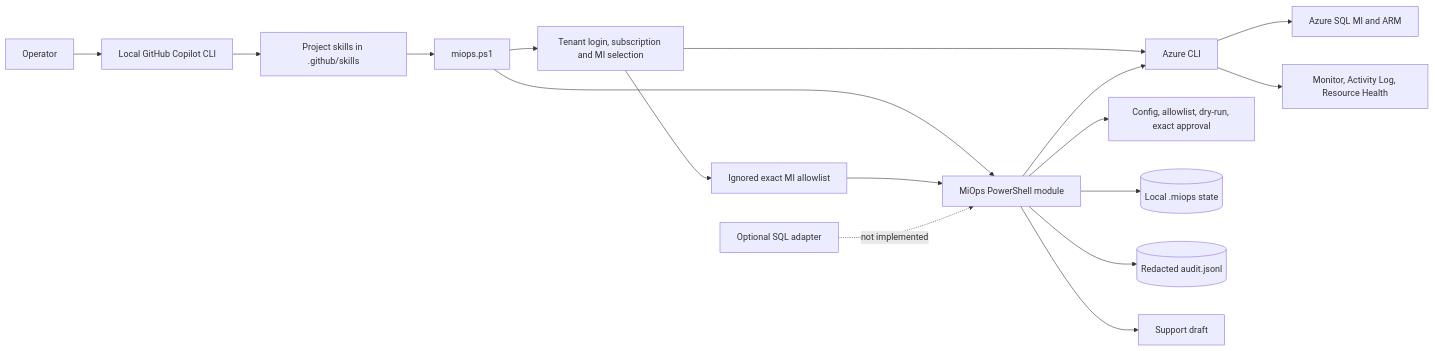
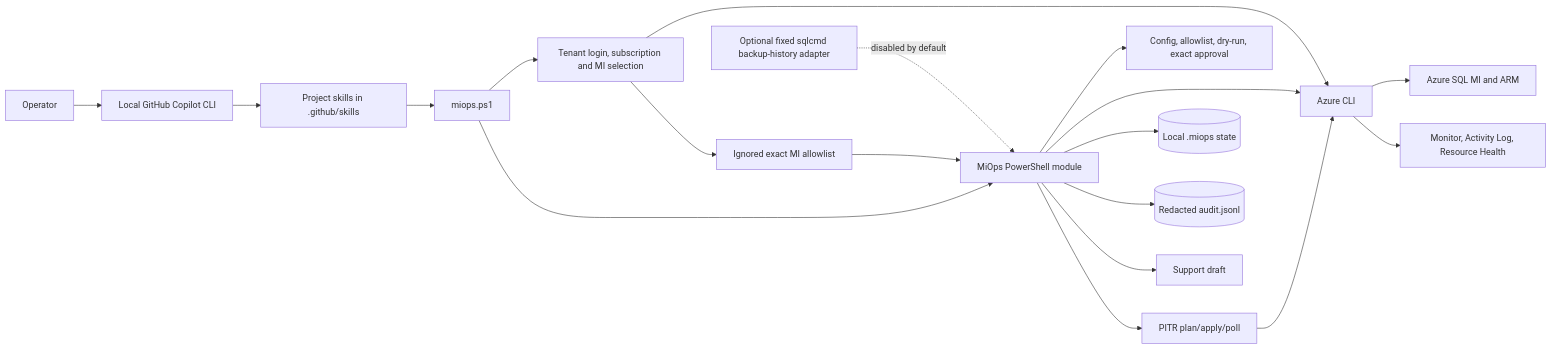
The first of 3 diagrams in docs/architecture.md (lduanmsft/azure-sqlops), drawn with Mermaid before and after one commit. The commit also changed other lines of this file and 16 other files, not shown here.

First line of the commit message:
Add MI backup health and restore workflows

````diff
--- a/docs/architecture.md
+++ b/docs/architecture.md
@@ -7,19 +7,21 @@
 ```mermaid
 flowchart LR
     Operator[Operator] --> Copilot[Local GitHub Copilot CLI]
     Copilot --> Skills[Project skills in .github/skills]
     Skills --> Script[miops.ps1]
     Script --> Setup[Tenant login, subscription and MI selection]
     Script --> Module[MiOps PowerShell module]
     Setup --> Az
     Setup --> LocalConfig[Ignored exact MI allowlist]
     LocalConfig --> Module
     Module --> Policy[Config, allowlist, dry-run, exact approval]
     Module --> Az[Azure CLI]
     Az --> ARM[Azure SQL MI and ARM]
     Az --> Monitor[Monitor, Activity Log, Resource Health]
     Module --> State[(Local .miops state)]
     Module --> Audit[(Redacted audit.jsonl)]
     Module --> Draft[Support draft]
-    SQL[Optional SQL adapter] -. not implemented .-> Module
+    Module --> Restore[PITR plan/apply/poll]
+    Restore --> Az
+    SQL[Optional fixed sqlcmd backup-history adapter] -. disabled by default .-> Module
 ```
````
